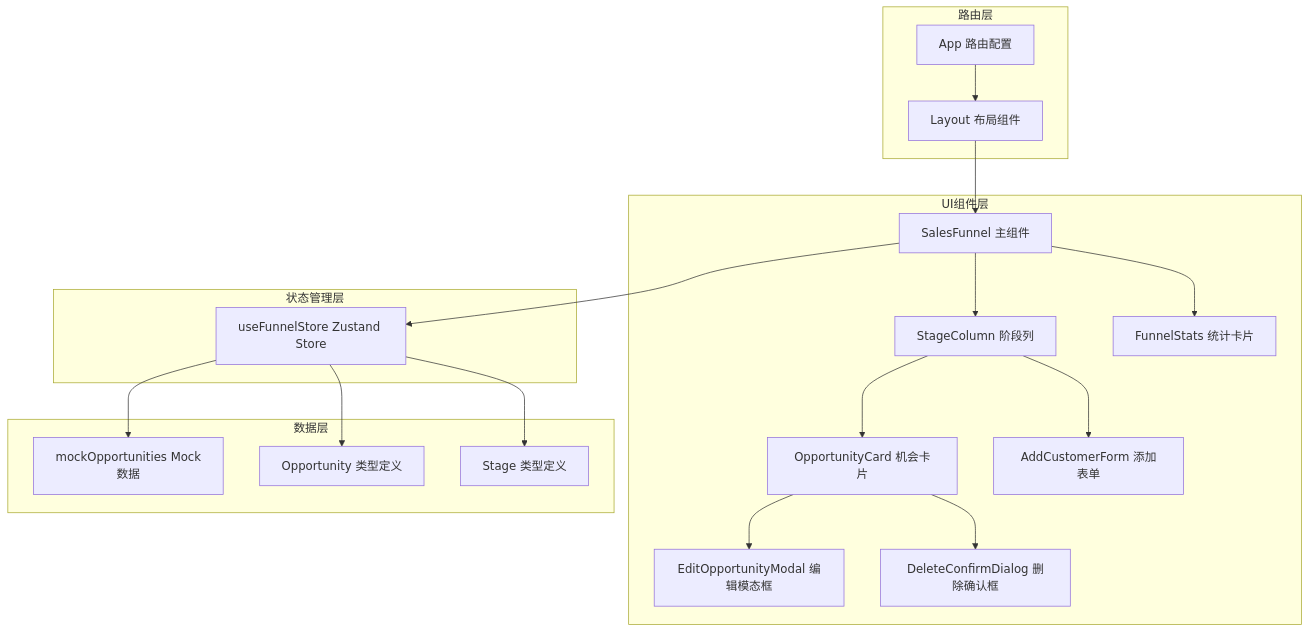
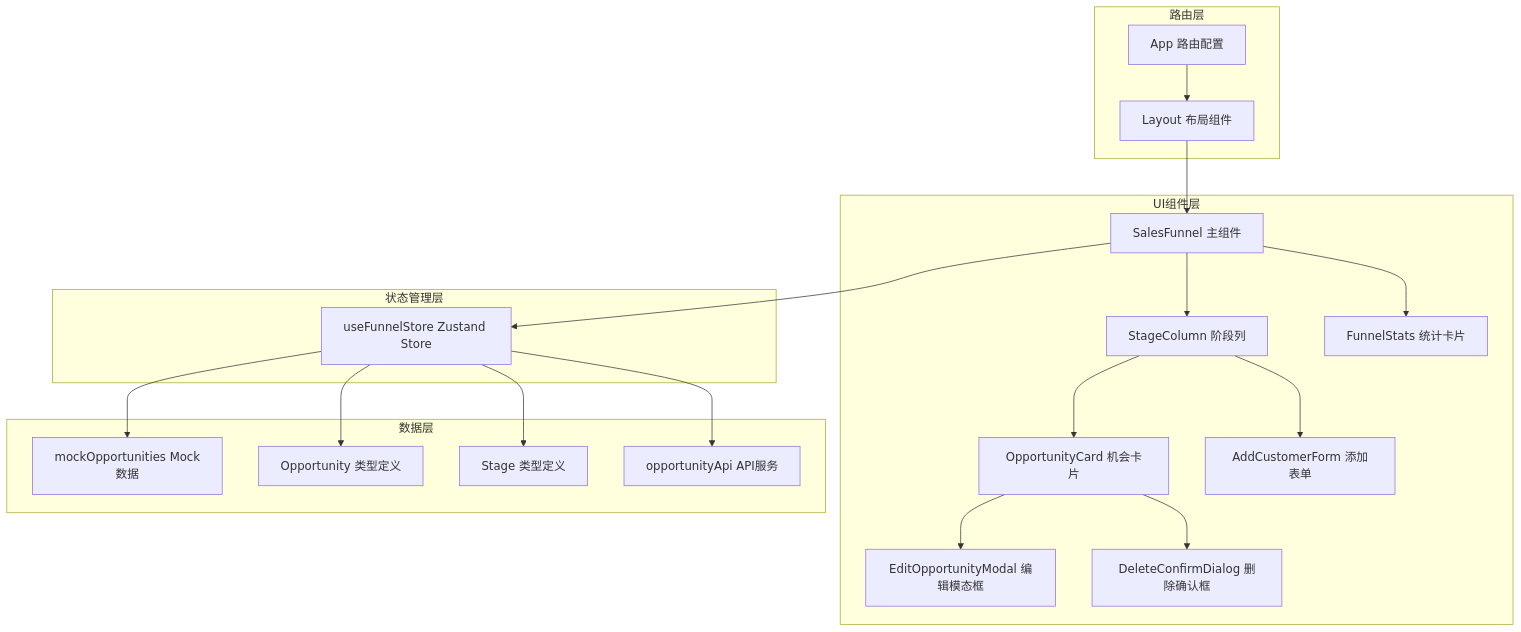
One commit to xianjianshenqu/SalesFlow-CRM changed the first of 5 diagrams in .qoder/repowiki/zh/content/核心组件/销售漏斗组件 (SalesFunnel).md. Above: the diagram before and after it, drawn with Mermaid. The commit also changed other lines of this file and 28 other files, not shown here.

````diff
--- a/.qoder/repowiki/zh/content/核心组件/销售漏斗组件 (SalesFunnel).md
+++ b/.qoder/repowiki/zh/content/核心组件/销售漏斗组件 (SalesFunnel).md
@@ -45,36 +48,38 @@
 ```mermaid
 graph TB
 subgraph "UI组件层"
 SF["SalesFunnel 主组件"]
 SC["StageColumn 阶段列"]
 OC["OpportunityCard 机会卡片"]
 EM["EditOpportunityModal 编辑模态框"]
 DC["DeleteConfirmDialog 删除确认框"]
 ACF["AddCustomerForm 添加表单"]
 FS["FunnelStats 统计卡片"]
 end
 subgraph "状态管理层"
 US["useFunnelStore Zustand Store"]
 end
 subgraph "数据层"
 MO["mockOpportunities Mock数据"]
 OT["Opportunity 类型定义"]
 ST["Stage 类型定义"]
+API["opportunityApi API服务"]
 end
 subgraph "路由层"
 AP["App 路由配置"]
 LY["Layout 布局组件"]
 end
 SF --> SC
 SC --> OC
 OC --> EM
 OC --> DC
 SC --> ACF
 SF --> FS
 SF --> US
 US --> MO
 US --> OT
 US --> ST
+US --> API
 AP --> LY
 LY --> SF
 ```
````
